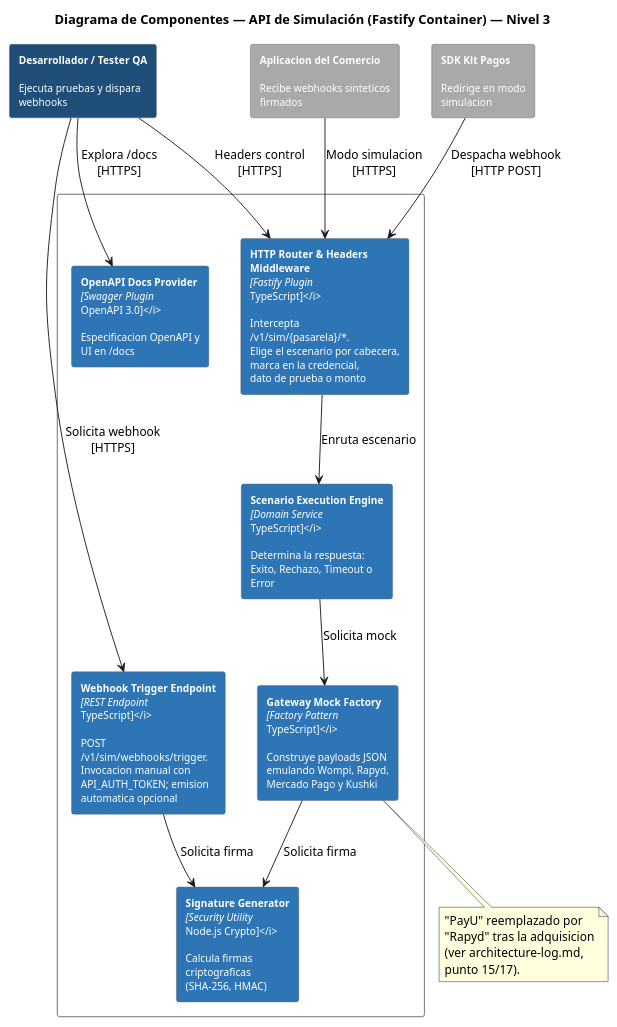
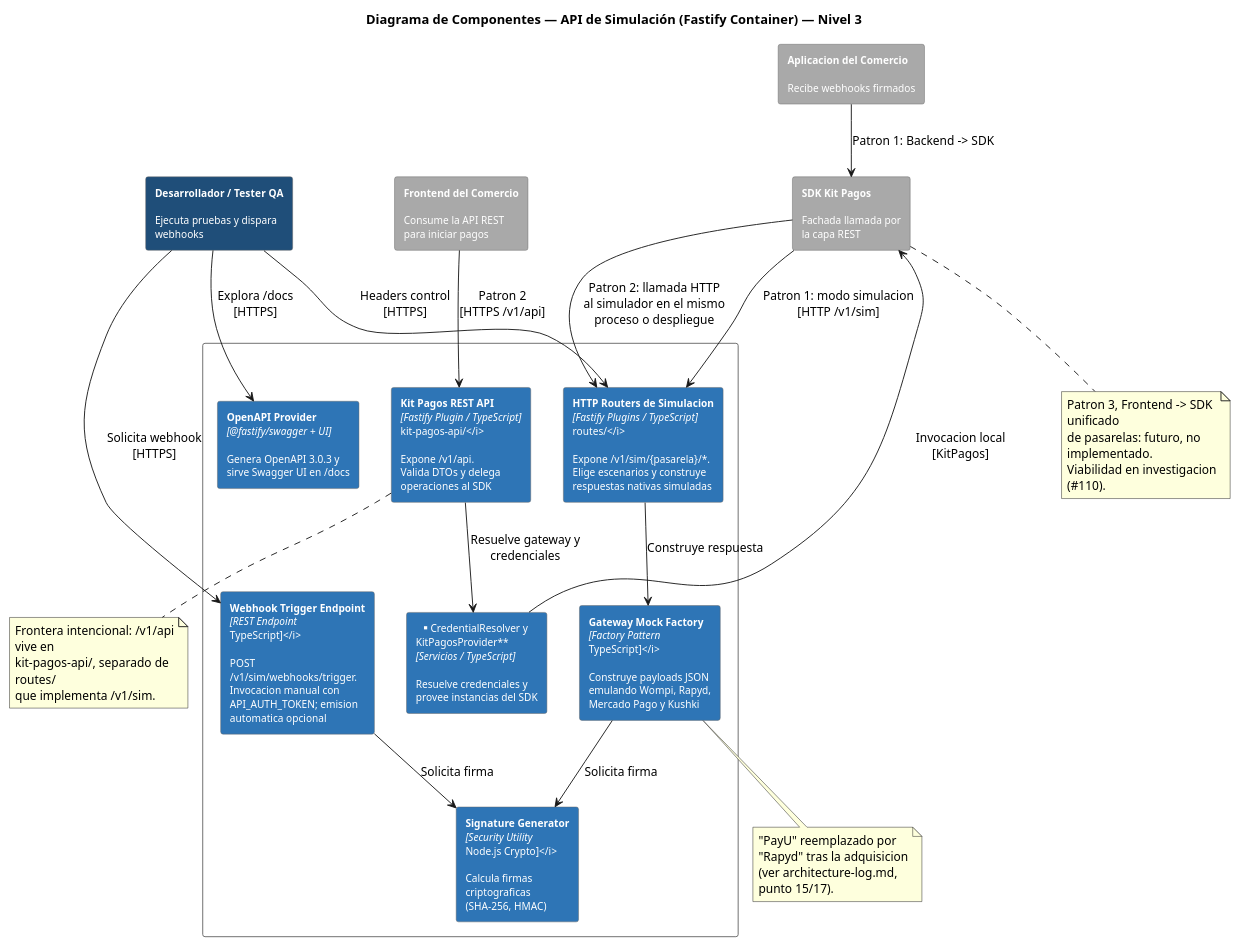
One commit to PurosBrothers/Kit-Pagos-Colombia---Tesis changed the diagram in docs/architecture/Simulador API/diagrams-source/component-diagram.puml. Above: the diagram before and after it, drawn with PlantUML. The commit also changed 13 other files, not shown here.

Commit message:
docs(docs): document REST architecture and refresh diagrams

```diff
--- a/docs/architecture/Simulador API/diagrams-source/component-diagram.puml
+++ b/docs/architecture/Simulador API/diagrams-source/component-diagram.puml
@@ -1,41 +1,58 @@
 @startuml Component Diagram - Simulador API
 title Diagrama de Componentes — API de Simulación (Fastify Container) — Nivel 3
 skinparam backgroundColor white
 skinparam rectangleFontSize 11
 skinparam wrapWidth 190
 skinparam rectangle {
   BorderColor #666666
   ArrowColor #666666
   FontColor white
 }
 
 rectangle "**Desarrollador / Tester QA**\n\nEjecuta pruebas y dispara\nwebhooks" as Dev #1F4E79
-rectangle "**Aplicacion del Comercio**\n\nRecibe webhooks sinteticos\nfirmados" as Comercio #A9A9A9
-rectangle "**SDK Kit Pagos**\n\nRedirige en modo\nsimulacion" as SDK #A9A9A9
+rectangle "**Frontend del Comercio**\n\nConsume la API REST\npara iniciar pagos" as Frontend #A9A9A9
+rectangle "**Aplicacion del Comercio**\n\nRecibe webhooks firmados" as Comercio #A9A9A9
+rectangle "**SDK Kit Pagos**\n\nFachada llamada por\nla capa REST" as SDK #A9A9A9
 
 rectangle "API de Simulacion (Fastify / Node.js 18+)\n[container]" as System #FFFFFF {
-  rectangle "**HTTP Router & Headers Middleware**\n<i>[Fastify Plugin\nTypeScript]</i>\n\nIntercepta\n/v1/sim/{pasarela}/*.\nElige el escenario por cabecera,\nmarca en la credencial,\ndato de prueba o monto" as Router #2E75B6
+  rectangle "**Kit Pagos REST API**\n<i>[Fastify Plugin / TypeScript]\nkit-pagos-api/</i>\n\nExpone /v1/api.\nValida DTOs y delega\noperaciones al SDK" as RestApi #2E75B6
+  rectangle "**HTTP Routers de Simulacion**\n<i>[Fastify Plugins / TypeScript]\nroutes/</i>\n\nExpone /v1/sim/{pasarela}/*.\nElige escenarios y construye\nrespuestas nativas simuladas" as Router #2E75B6
+  rectangle "**CredentialResolver y\nKitPagosProvider**\n<i>[Servicios / TypeScript]</i>\n\nResuelve credenciales y\nprovee instancias del SDK" as Provider #2E75B6
   rectangle "**Webhook Trigger Endpoint**\n<i>[REST Endpoint\nTypeScript]</i>\n\nPOST\n/v1/sim/webhooks/trigger.\nInvocacion manual con\nAPI_AUTH_TOKEN; emision\nautomatica opcional" as WebhookEndpoint #2E75B6
-  rectangle "**OpenAPI Docs Provider**\n<i>[Swagger Plugin\nOpenAPI 3.0]</i>\n\nEspecificacion OpenAPI y\nUI en /docs" as OpenAPI #2E75B6
+  rectangle "**OpenAPI Provider**\n<i>[@fastify/swagger + UI]</i>\n\nGenera OpenAPI 3.0.3 y\nsirve Swagger UI en /docs" as OpenAPI #2E75B6
   rectangle "**Gateway Mock Factory**\n<i>[Factory Pattern\nTypeScript]</i>\n\nConstruye payloads JSON\nemulando Wompi, Rapyd,\nMercado Pago y Kushki" as MockFactory #2E75B6
-  rectangle "**Scenario Execution Engine**\n<i>[Domain Service\nTypeScript]</i>\n\nDetermina la respuesta:\nExito, Rechazo, Timeout o\nError" as ScenarioEngine #2E75B6
   rectangle "**Signature Generator**\n<i>[Security Utility\nNode.js Crypto]</i>\n\nCalcula firmas\ncriptograficas\n(SHA-256, HMAC)" as SignatureGen #2E75B6
 }
 
-Comercio --> Router : Modo simulacion\n[HTTPS]
-SDK --> Router : Despacha webhook\n[HTTP POST]
+Frontend --> RestApi : Patron 2\n[HTTPS /v1/api]
+Comercio --> SDK : Patron 1: Backend -> SDK
+RestApi --> Provider : Resuelve gateway y\ncredenciales
+Provider --> SDK : Invocacion local\n[KitPagos]
+SDK --> Router : Patron 2: llamada HTTP\nal simulador en el mismo\nproceso o despliegue
+SDK --> Router : Patron 1: modo simulacion\n[HTTP /v1/sim]
 Dev --> Router : Headers control\n[HTTPS]
 Dev --> WebhookEndpoint : Solicita webhook\n[HTTPS]
 Dev --> OpenAPI : Explora /docs\n[HTTPS]
 
-Router --> ScenarioEngine : Enruta escenario
-ScenarioEngine --> MockFactory : Solicita mock
+Router --> MockFactory : Construye respuesta
 MockFactory --> SignatureGen : Solicita firma
 WebhookEndpoint --> SignatureGen : Solicita firma
+
+note bottom of RestApi
+  Frontera intencional: /v1/api vive en
+  kit-pagos-api/, separado de routes/
+  que implementa /v1/sim.
+end note
+
+note bottom of SDK
+  Patron 3, Frontend -> SDK unificado
+  de pasarelas: futuro, no implementado.
+  Viabilidad en investigacion (#110).
+end note
 
 note bottom of MockFactory
   "PayU" reemplazado por "Rapyd" tras la adquisicion
   (ver architecture-log.md, punto 15/17).
 end note
 
 @enduml
```
